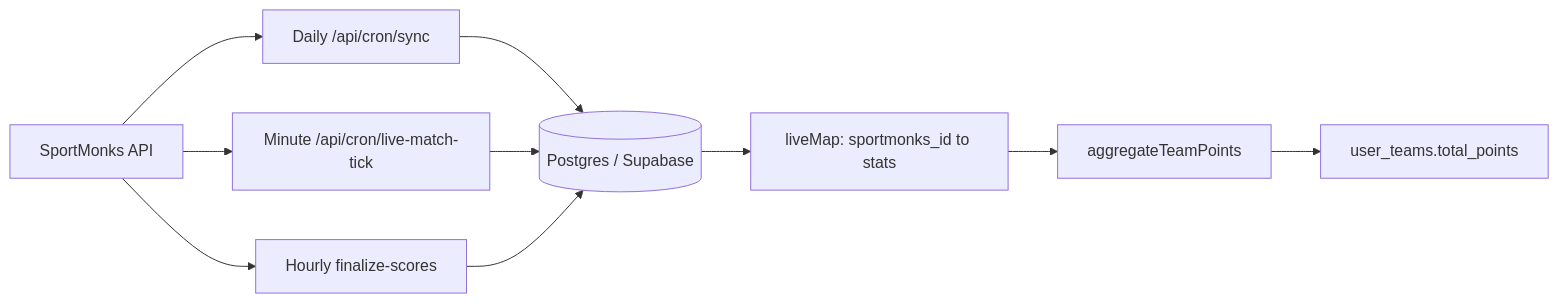
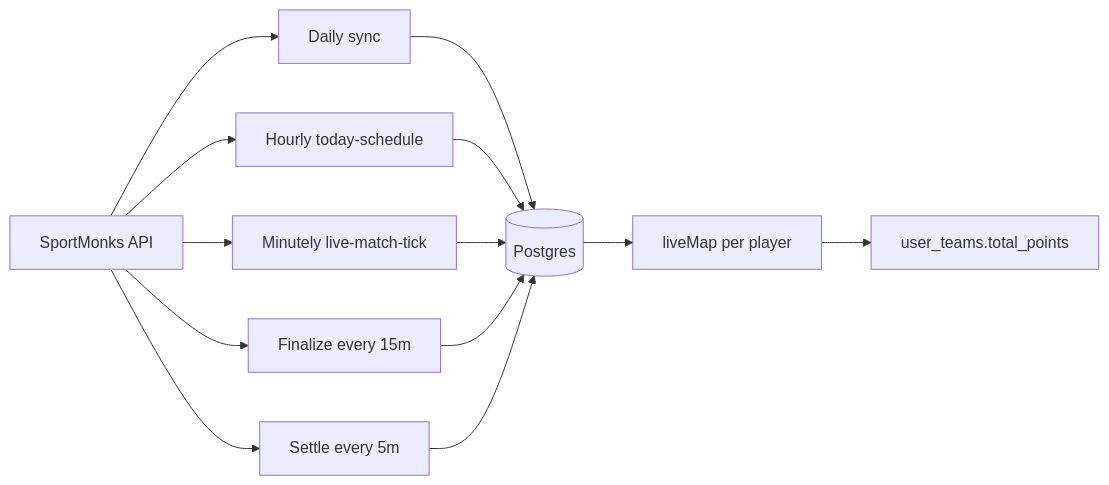
Before and after one commit to datandleorg/dream12: the diagram in docs/sportmonks-data-collection-and-scoring.md, drawn with Mermaid. The commit also changed other lines of this file and 37 other files, not shown here.

First line of the commit message:
feat: enhance match and cron job functionality with new features and updates

````diff
--- a/docs/sportmonks-data-collection-and-scoring.md
+++ b/docs/sportmonks-data-collection-and-scoring.md
@@ -7,13 +9,16 @@
 ```mermaid
 flowchart LR
   SM[SportMonks API]
-  SM --> CronSync[Daily /api/cron/sync]
-  SM --> LiveTick[Minute /api/cron/live-match-tick]
-  SM --> Finalize[Hourly finalize-scores]
-  CronSync --> DB[(Postgres / Supabase)]
-  LiveTick --> DB
+  SM --> CronSync[Daily sync]
+  SM --> TodayHr[Hourly today-schedule]
+  SM --> Pipe[Minutely live-match-tick]
+  SM --> Finalize[Finalize every 15m]
+  SM --> Settle[Settle every 5m]
+  CronSync --> DB[(Postgres)]
+  TodayHr --> DB
+  Pipe --> DB
   Finalize --> DB
-  DB --> LiveMap["liveMap: sportmonks_id to stats"]
-  LiveMap --> Agg[aggregateTeamPoints]
-  Agg --> UT[user_teams.total_points]
+  Settle --> DB
+  DB --> LiveMap[liveMap per player]
+  LiveMap --> UT[user_teams.total_points]
 ```
````
